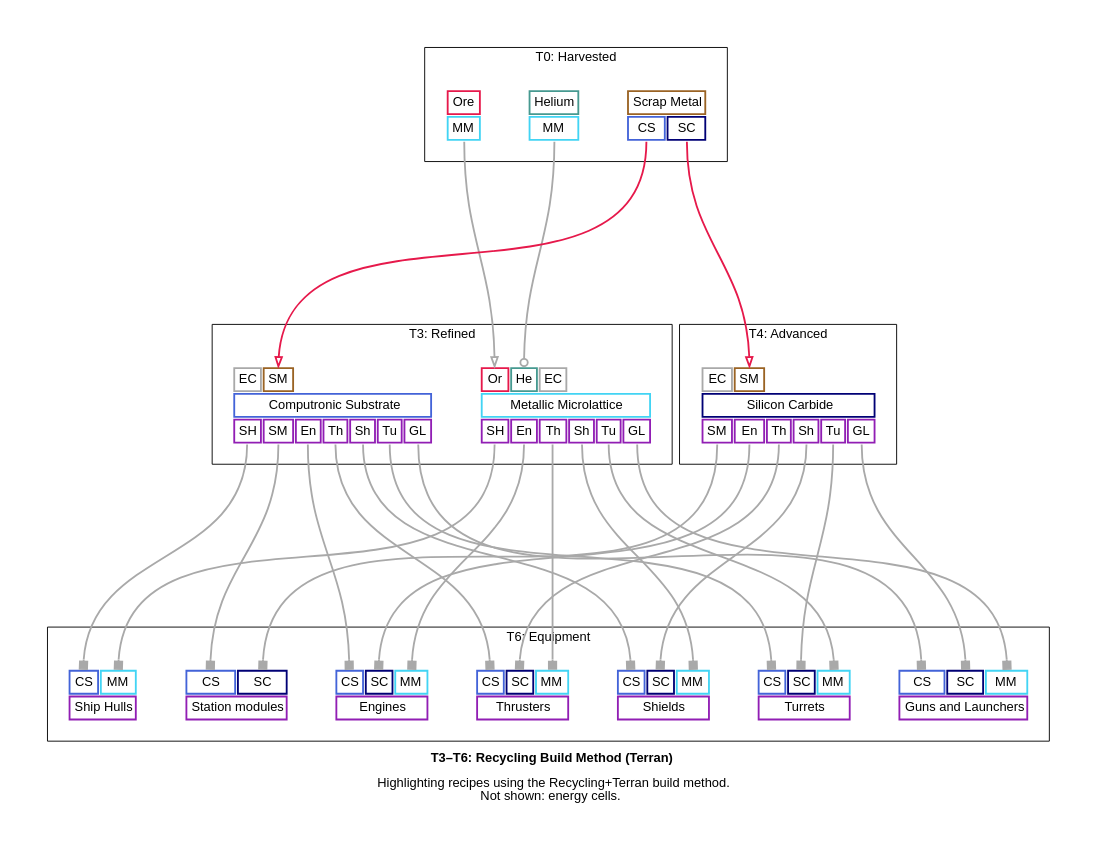
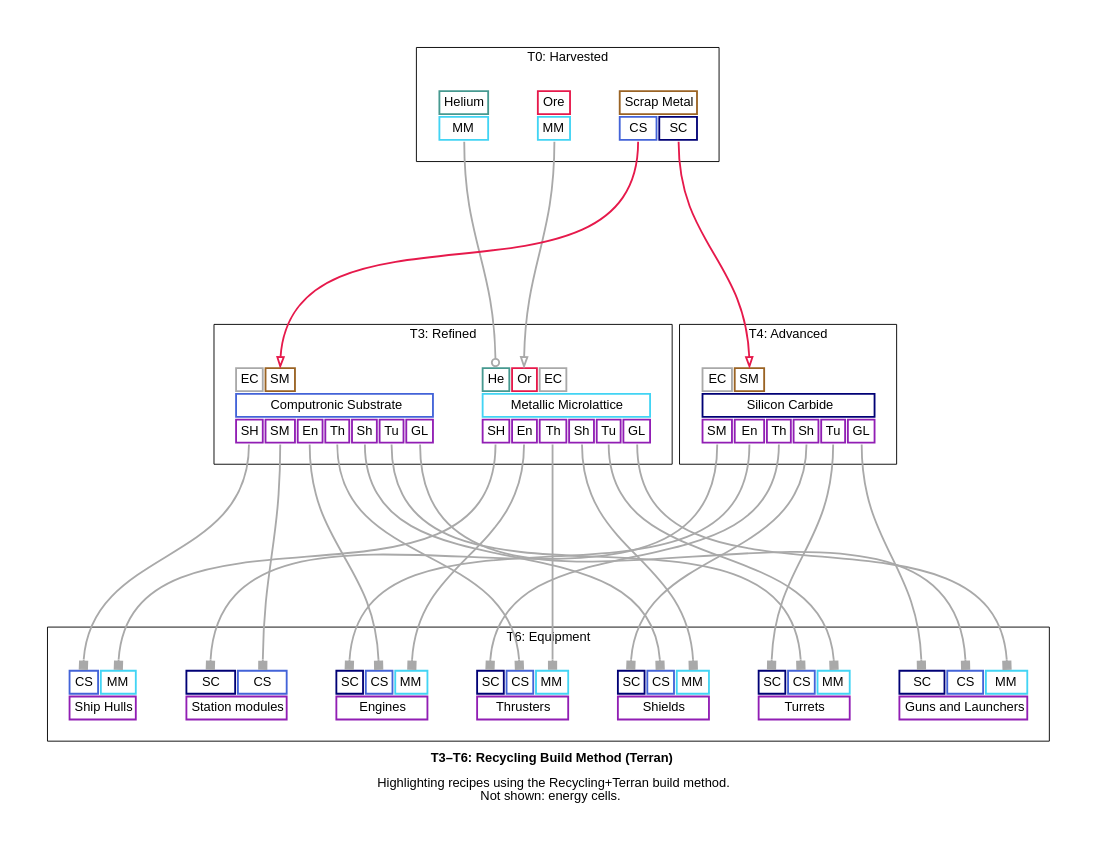
Before and after one commit to borntyping/x4-diagrams: the diagram in docs/t3_t6_recycling_build_method_terran__graph_simplified.dot, drawn with Graphviz. The commit also changed other lines of this file and 72 other files, not shown here.

Commit message:
Show spice recipe on food diagrams

```diff
--- a/docs/t3_t6_recycling_build_method_terran__graph_simplified.dot
+++ b/docs/t3_t6_recycling_build_method_terran__graph_simplified.dot
@@ -88,9 +88,9 @@
   
     <tr>
       
+        <td align="text" bgcolor="white" color="#469990" port="helium">He</td>
+      
         <td align="text" bgcolor="white" color="#e6194B" port="ore">Or</td>
-      
-        <td align="text" bgcolor="white" color="#469990" port="helium">He</td>
       
         <td align="text" bgcolor="white" color="#a9a9a9" port="energy_cells">EC</td>
       
@@ -158,9 +158,9 @@
   
     <tr>
       
+        <td align="text" bgcolor="white" color="#000075" port="silicon_carbide">SC</td>
+      
         <td align="text" bgcolor="white" color="#4363d8" port="computronic_substrate">CS</td>
-      
-        <td align="text" bgcolor="white" color="#000075" port="silicon_carbide">SC</td>
       
         <td align="text" bgcolor="white" color="#42d4f4" port="metallic_microlattice">MM</td>
       
@@ -175,9 +175,9 @@
   
     <tr>
       
+        <td align="text" bgcolor="white" color="#000075" port="silicon_carbide">SC</td>
+      
         <td align="text" bgcolor="white" color="#4363d8" port="computronic_substrate">CS</td>
-      
-        <td align="text" bgcolor="white" color="#000075" port="silicon_carbide">SC</td>
       
         <td align="text" bgcolor="white" color="#42d4f4" port="metallic_microlattice">MM</td>
       
@@ -192,9 +192,9 @@
   
     <tr>
       
+        <td align="text" bgcolor="white" color="#000075" port="silicon_carbide">SC</td>
+      
         <td align="text" bgcolor="white" color="#4363d8" port="computronic_substrate">CS</td>
-      
-        <td align="text" bgcolor="white" color="#000075" port="silicon_carbide">SC</td>
       
         <td align="text" bgcolor="white" color="#42d4f4" port="metallic_microlattice">MM</td>
       
@@ -224,9 +224,9 @@
   
     <tr>
       
+        <td align="text" bgcolor="white" color="#000075" port="silicon_carbide">SC</td>
+      
         <td align="text" bgcolor="white" color="#4363d8" port="computronic_substrate">CS</td>
-      
-        <td align="text" bgcolor="white" color="#000075" port="silicon_carbide">SC</td>
       
     </tr>
   
@@ -239,9 +239,9 @@
   
     <tr>
       
+        <td align="text" bgcolor="white" color="#000075" port="silicon_carbide">SC</td>
+      
         <td align="text" bgcolor="white" color="#4363d8" port="computronic_substrate">CS</td>
-      
-        <td align="text" bgcolor="white" color="#000075" port="silicon_carbide">SC</td>
       
         <td align="text" bgcolor="white" color="#42d4f4" port="metallic_microlattice">MM</td>
       
@@ -256,9 +256,9 @@
   
     <tr>
       
+        <td align="text" bgcolor="white" color="#000075" port="silicon_carbide">SC</td>
+      
         <td align="text" bgcolor="white" color="#4363d8" port="computronic_substrate">CS</td>
-      
-        <td align="text" bgcolor="white" color="#000075" port="silicon_carbide">SC</td>
       
         <td align="text" bgcolor="white" color="#42d4f4" port="metallic_microlattice">MM</td>
       
```
